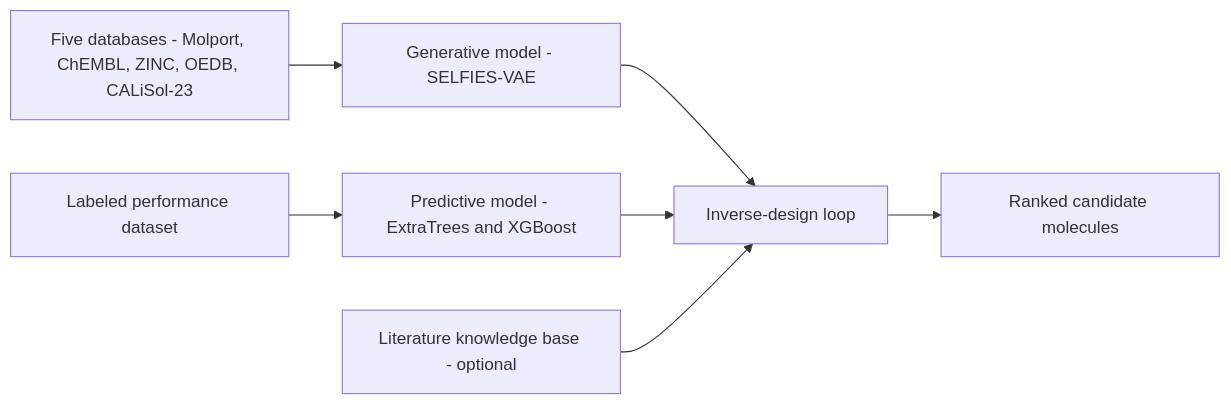
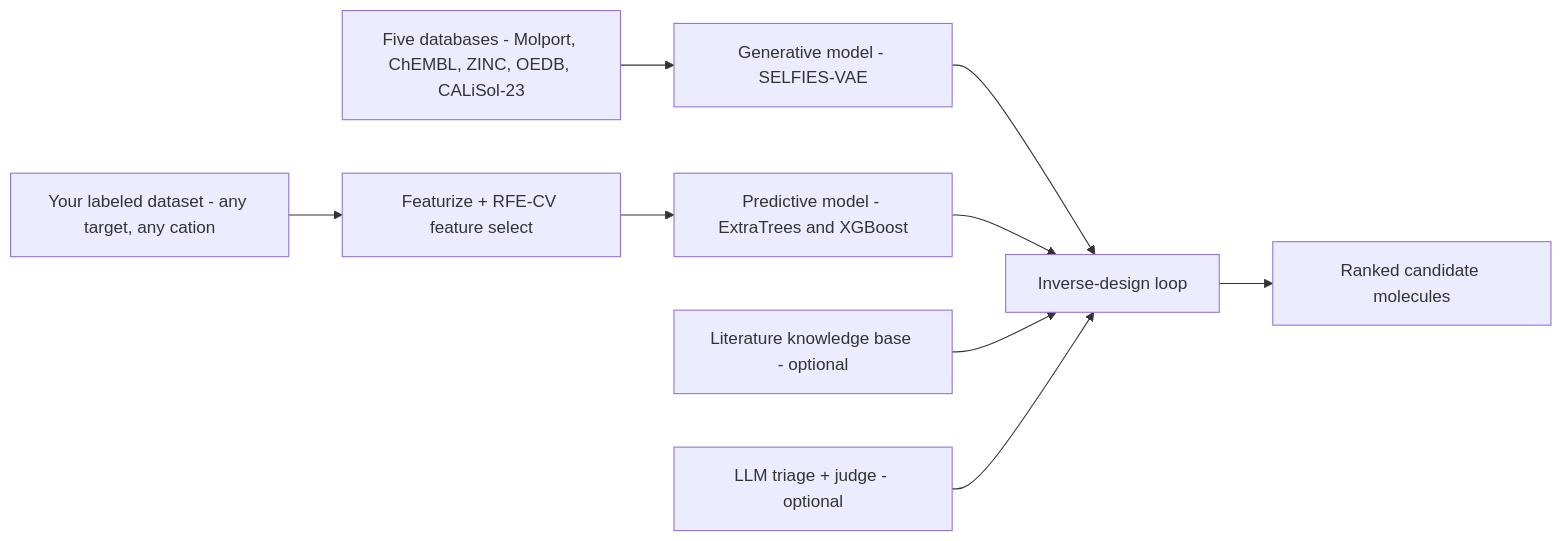
One commit to NealKapadia/BatteryGen changed the first of 4 diagrams in README.md. Above: the diagram before and after it, drawn with Mermaid. The commit also changed other lines of this file and 49 other files, not shown here.

````diff
--- a/README.md
+++ b/README.md
@@ -16,9 +21,11 @@
 ```mermaid
 flowchart LR
     SMILES["Five databases - Molport, ChEMBL, ZINC, OEDB, CALiSol-23"] --> GEN["Generative model - SELFIES-VAE"]
-    DATASET["Labeled performance dataset"] --> PRED["Predictive model - ExtraTrees and XGBoost"]
+    DATASET["Your labeled dataset - any target, any cation"] --> FEAT["Featurize + RFE-CV feature select"]
+    FEAT --> PRED["Predictive model - ExtraTrees and XGBoost"]
     GEN --> LOOP["Inverse-design loop"]
     PRED --> LOOP
     KB["Literature knowledge base - optional"] --> LOOP
+    LLM["LLM triage + judge - optional"] --> LOOP
     LOOP --> OUT["Ranked candidate molecules"]
 ```
````
